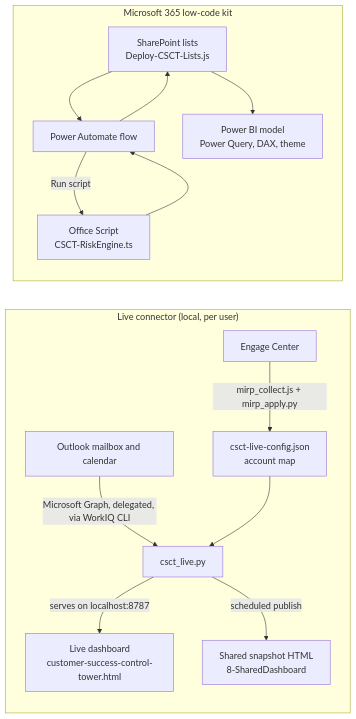
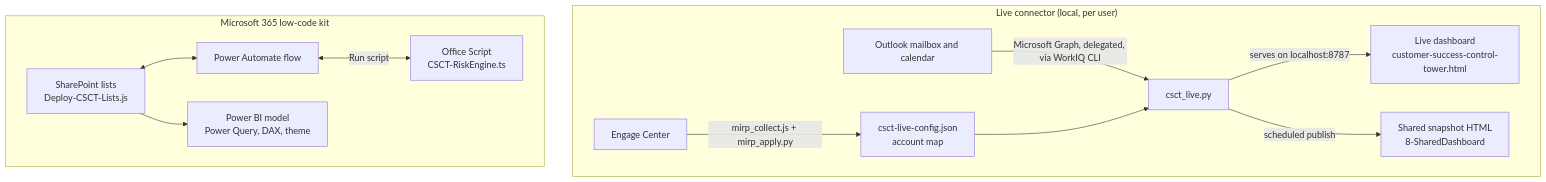
One commit to erentechlabs/Customer-Success-Control-Tower changed the diagram in README.md. Above: the diagram before and after it, drawn with Mermaid.

Commit message:
Improve architecture diagram layout in README

````diff
--- a/README.md
+++ b/README.md
@@ -43,16 +43,17 @@
 ```mermaid
-flowchart LR
+flowchart TB
     subgraph Live["Live connector (local, per user)"]
+        direction LR
         OL[Outlook mailbox and calendar] -->|Microsoft Graph, delegated, via WorkIQ CLI| PY[csct_live.py]
-        CFG[csct-live-config.json<br/>account map] --> PY
+        EC[Engage Center] -->|mirp_collect.js + mirp_apply.py| CFG[csct-live-config.json<br/>account map]
+        CFG --> PY
         PY -->|serves on localhost:8787| DASH[Live dashboard<br/>customer-success-control-tower.html]
         PY -->|scheduled publish| SNAP[Shared snapshot HTML<br/>8-SharedDashboard]
-        EC[Engage Center] -->|mirp_collect.js + mirp_apply.py| CFG
     end
     subgraph M365["Microsoft 365 low-code kit"]
-        SP[SharePoint lists<br/>Deploy-CSCT-Lists.js] --> PA[Power Automate flow]
-        PA -->|Run script| OS[Office Script<br/>CSCT-RiskEngine.ts]
-        OS --> PA --> SP
+        direction LR
+        SP[SharePoint lists<br/>Deploy-CSCT-Lists.js] <--> PA[Power Automate flow]
+        PA <-->|Run script| OS[Office Script<br/>CSCT-RiskEngine.ts]
         SP --> PBI[Power BI model<br/>Power Query, DAX, theme]
     end
 ```
````
